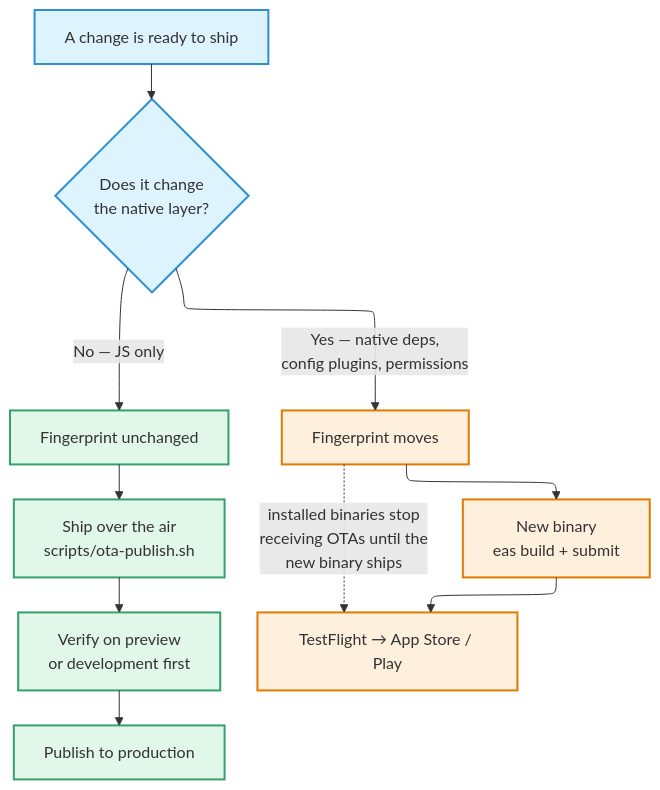
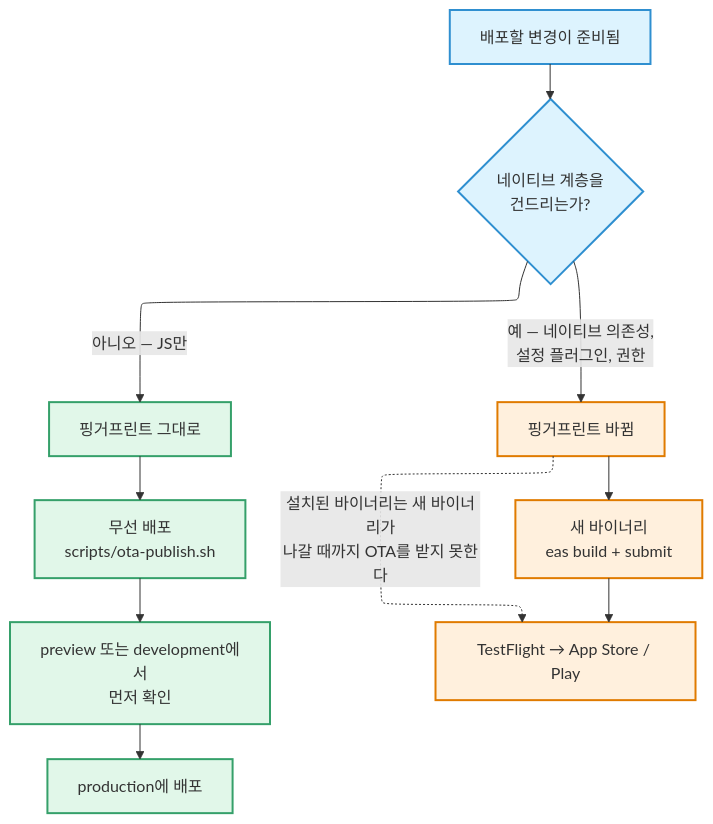
Before and after one commit to PopOut-Market/popout-docs: the diagram in docs/engineering/environments-and-releases.md, drawn with Mermaid. The commit also changed other lines of this file and 45 other files, not shown here.

````diff
--- a/docs/engineering/environments-and-releases.md
+++ b/docs/engineering/environments-and-releases.md
@@ -138,27 +131,27 @@
 ```mermaid
 %%{init: {"layout": "elk"}}%%
 flowchart TB
-    change["A change is ready to ship"]
-    q{"Does it change<br/>the native layer?"}
-    fpSame["Fingerprint unchanged"]
-    fpMove["Fingerprint moves"]
-    ota["Ship over the air<br/>scripts/ota-publish.sh"]
-    build["New binary<br/>eas build + submit"]
-    prev["Verify on preview<br/>or development first"]
-    prod["Publish to production"]
+    change["배포할 변경이 준비됨"]
+    q{"네이티브 계층을<br/>건드리는가?"}
+    fpSame["핑거프린트 그대로"]
+    fpMove["핑거프린트 바뀜"]
+    ota["무선 배포<br/>scripts/ota-publish.sh"]
+    build["새 바이너리<br/>eas build + submit"]
+    prev["preview 또는 development에서<br/>먼저 확인"]
+    prod["production에 배포"]
     store["TestFlight → App Store / Play"]
 
     change --> q
-    q -->|"No — JS only"| fpSame --> ota --> prev --> prod
-    q -->|"Yes — native deps,<br/>config plugins, permissions"| fpMove --> build --> store
+    q -->|"아니오 — JS만"| fpSame --> ota --> prev --> prod
+    q -->|"예 — 네이티브 의존성,<br/>설정 플러그인, 권한"| fpMove --> build --> store
 
-    fpMove -.->|"installed binaries stop<br/>receiving OTAs until the<br/>new binary ships"| store
+    fpMove -.->|"설치된 바이너리는 새 바이너리가<br/>나갈 때까지 OTA를 받지 못한다"| store
 
     classDef ok fill:#22c55e22,stroke:#35a06a,stroke-width:2px
     classDef warn fill:#ff8c0022,stroke:#e07b00,stroke-width:2px
     classDef neutral fill:#00a6f422,stroke:#2f8fd0,stroke-width:2px
 
     class change,q neutral
     class fpSame,ota,prev,prod ok
     class fpMove,build,store warn
 ```
````
